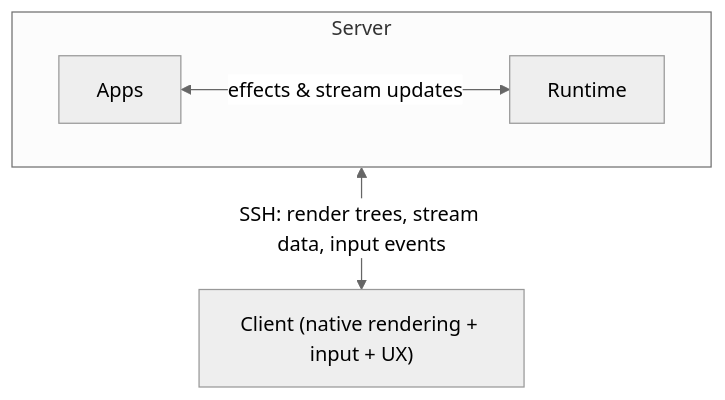
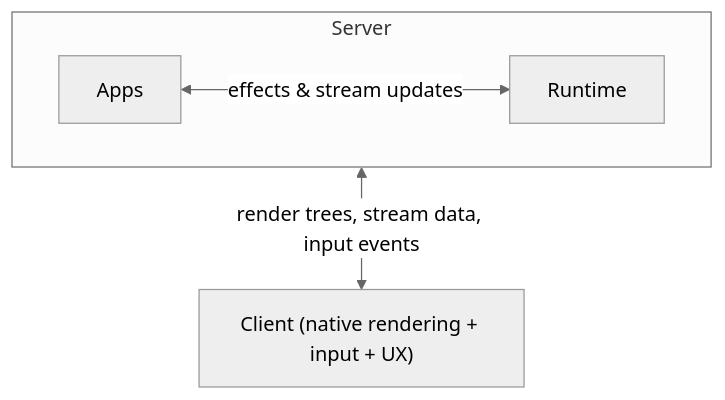
The diagram in README.md (saiashirwad/pond), drawn with Mermaid (neutral theme) before and after one commit. The commit also changed other lines of this file and 7 other files, not shown here.

````diff
--- a/README.md
+++ b/README.md
@@ -49,7 +49,7 @@
 ```mermaid
 flowchart TB
     subgraph Server
         Apps <-- "effects & stream updates" --> Runtime
     end
-    Server <-- "SSH: render trees, stream data, input events" --> Client["Client (native rendering + input + UX)"]
+    Server <-- "render trees, stream data, input events" --> Client["Client (native rendering + input + UX)"]
 ```
````
